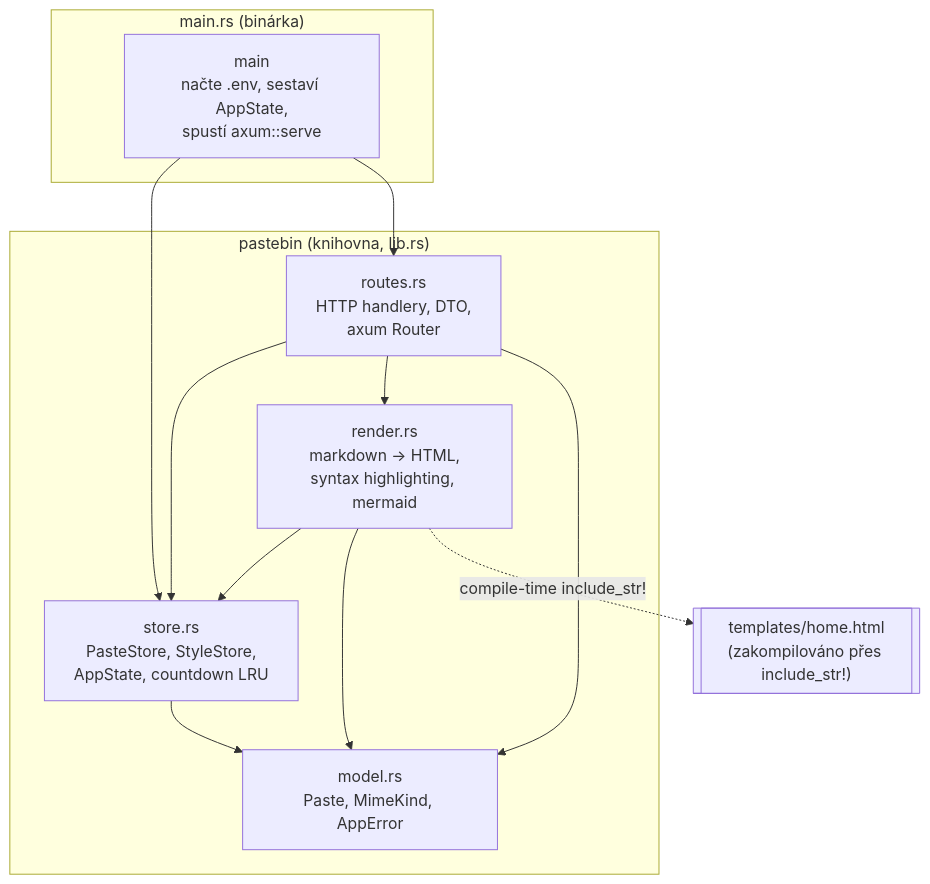
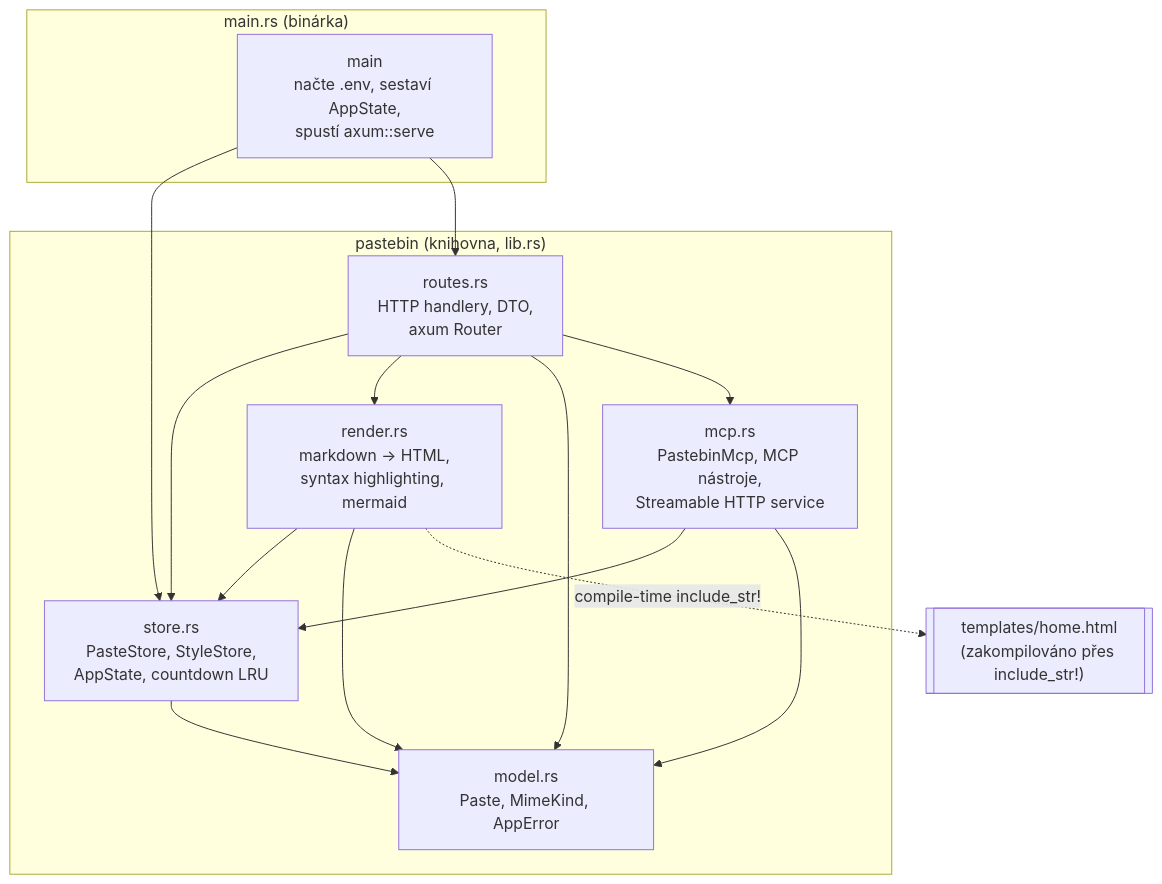
One commit to Onre739/pastebin changed the third of 4 diagrams in docs/architecture.md. Above: the diagram before and after it, drawn with Mermaid. The commit also changed other lines of this file and 3 other files, not shown here.

````diff
--- a/docs/architecture.md
+++ b/docs/architecture.md
@@ -50,25 +54,29 @@
 ```mermaid
 flowchart TB
     subgraph bin["main.rs (binárka)"]
         Main["main<br/>načte .env, sestaví AppState,<br/>spustí axum::serve"]
     end
 
     subgraph lib["pastebin (knihovna, lib.rs)"]
         Routes["routes.rs<br/>HTTP handlery, DTO,<br/>axum Router"]
+        Mcp["mcp.rs<br/>PastebinMcp, MCP nástroje,<br/>Streamable HTTP service"]
         Store["store.rs<br/>PasteStore, StyleStore,<br/>AppState, countdown LRU"]
         Render["render.rs<br/>markdown → HTML,<br/>syntax highlighting, mermaid"]
         Model["model.rs<br/>Paste, MimeKind, AppError"]
     end
 
     Templates[["templates/home.html<br/>(zakompilováno přes include_str!)"]]
 
     Main --> Store
     Main --> Routes
     Routes --> Store
     Routes --> Render
     Routes --> Model
+    Routes --> Mcp
+    Mcp --> Store
+    Mcp --> Model
     Render --> Store
     Render --> Model
     Store --> Model
     Render -.->|"compile-time include_str!"| Templates
 ```
````
